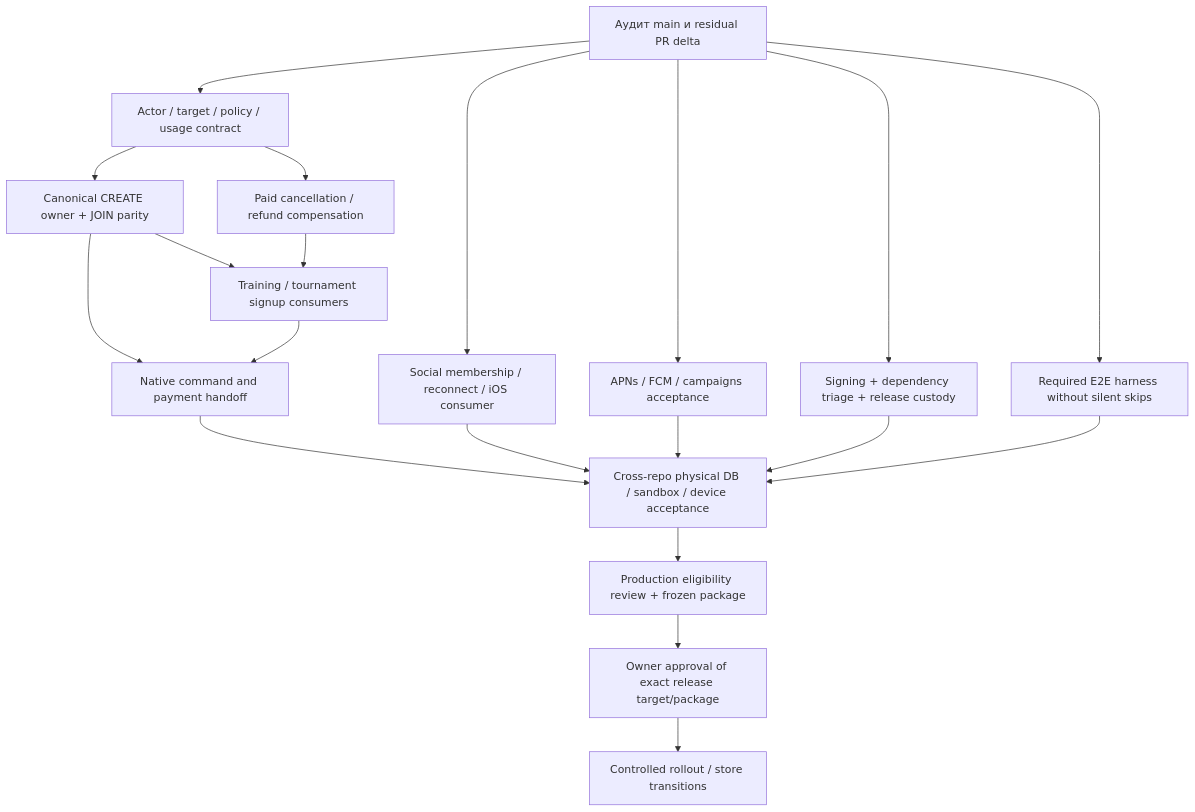
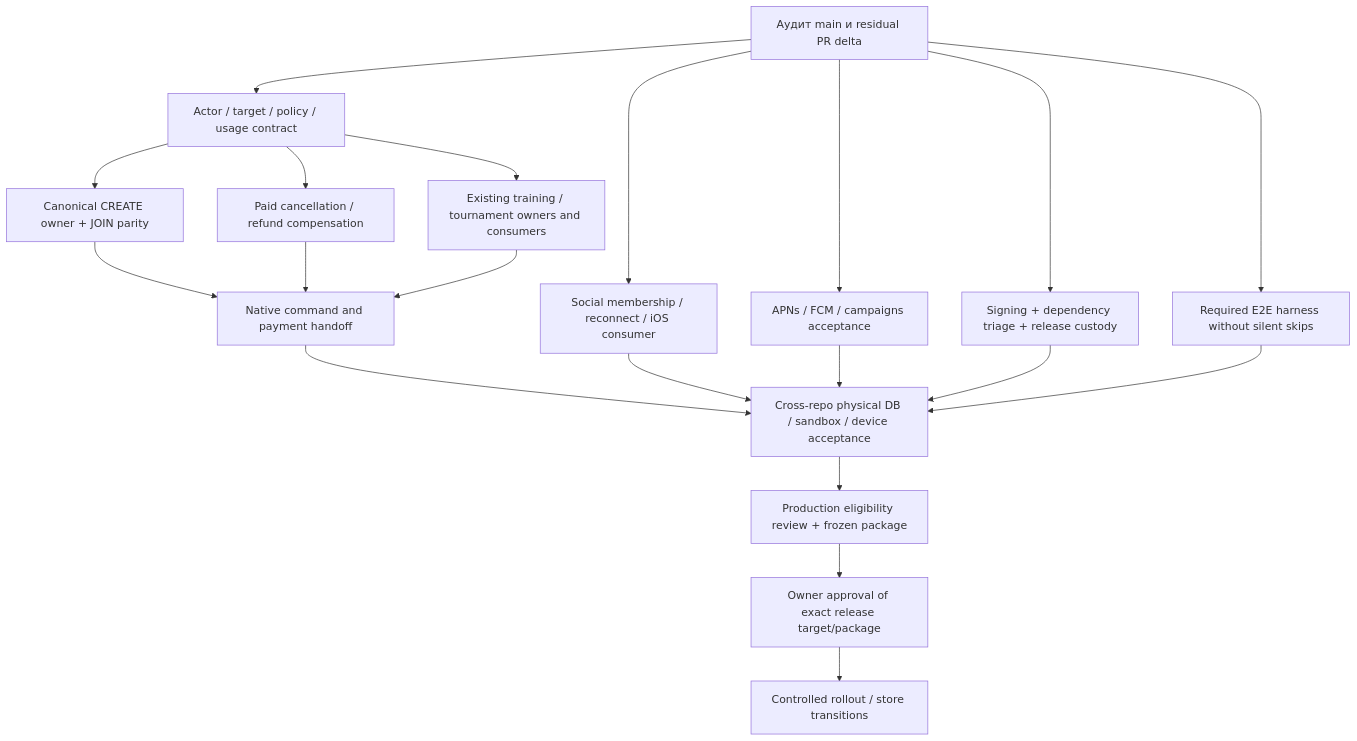
The diagram in docs/release/R1-DEPENDENCIES.md (Z6v6e6r/lk2), drawn with Mermaid before and after one commit. The commit also changed other lines of this file and 6 other files, not shown here.

````diff
--- a/docs/release/R1-DEPENDENCIES.md
+++ b/docs/release/R1-DEPENDENCIES.md
@@ -15,22 +15,22 @@
 ```mermaid
 flowchart TD
   A[Аудит main и residual PR delta] --> B[Actor / target / policy / usage contract]
   B --> C[Canonical CREATE owner + JOIN parity]
   B --> D[Paid cancellation / refund compensation]
-  C --> E[Training / tournament signup consumers]
-  D --> E
+  B --> E[Existing training / tournament owners and consumers]
   C --> M[Native command and payment handoff]
+  D --> M
   E --> M
   A --> S[Social membership / reconnect / iOS consumer]
   A --> P[APNs / FCM / campaigns acceptance]
   A --> F[Signing + dependency triage + release custody]
   A --> Q[Required E2E harness without silent skips]
   M --> U[Cross-repo physical DB / sandbox / device acceptance]
   S --> U
   P --> U
   F --> U
   Q --> U
   U --> G[Production eligibility review + frozen package]
   G --> H[Owner approval of exact release target/package]
   H --> R[Controlled rollout / store transitions]
 ```
````
